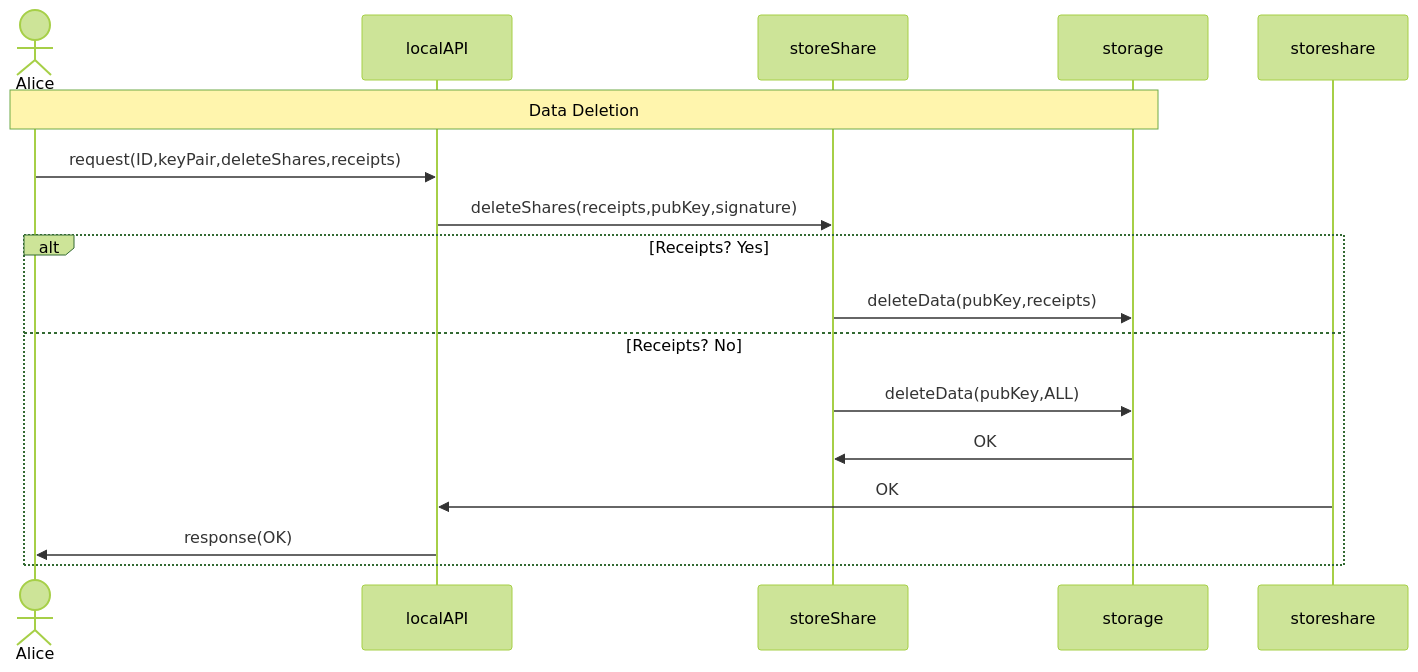
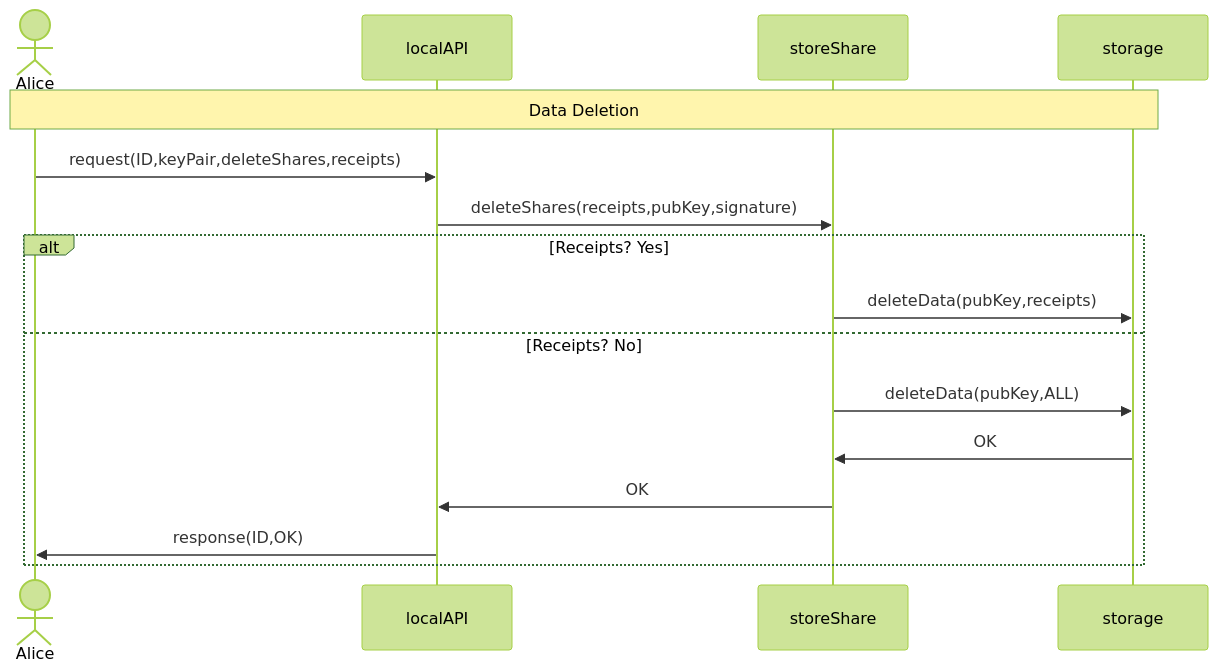
One commit to BlockchainCommons/Gordian changed the fourth of 5 diagrams in Docs/CSR-SequenceDiagram.md. Above: the diagram before and after it, drawn with Mermaid (forest theme). The commit also changed other lines of this file, not shown here.

````diff
--- a/Docs/CSR-SequenceDiagram.md
+++ b/Docs/CSR-SequenceDiagram.md
@@ -103,19 +103,19 @@
 ```mermaid
 sequenceDiagram
 actor Alice
 participant localAPI
 participant storeShare
 participant storage
 
 Note over Alice,storage: Data Deletion
 Alice->>localAPI: request(ID,keyPair,deleteShares,receipts)
 localAPI->>storeShare: deleteShares(receipts,pubKey,signature)
 alt Receipts? Yes
 storeShare->>storage: deleteData(pubKey,receipts)
 else Receipts? No
 storeShare->>storage: deleteData(pubKey,ALL)
 storage->>storeShare: OK
-storeshare->>localAPI: OK
-localAPI->>Alice: response(OK)
+storeShare->>localAPI: OK
+localAPI->>Alice: response(ID,OK)
 end    
 ```
````
